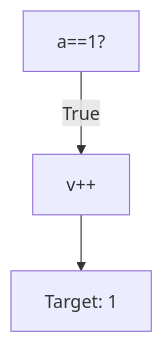
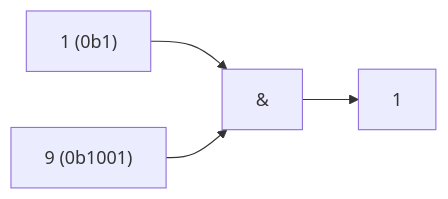
Before and after one commit to amnahwaida/OSNK_INF_PREP: the third of 25 diagrams in part-c-pemahaman-cpp/06-bitwise/latihan/set-11.md, drawn with Mermaid. The commit also changed other lines of this file and 71 other files, not shown here.

````diff
--- a/part-c-pemahaman-cpp/06-bitwise/latihan/set-11.md
+++ b/part-c-pemahaman-cpp/06-bitwise/latihan/set-11.md
@@ -81,5 +73,6 @@
 ```mermaid
-graph TD
-A["a==1?"] -- "True" --> B["v++"]
-B --> C["Target: 1"]
+graph LR
+A["1 (0b1)"] --> C["&"]
+B["9 (0b1001)"] --> C
+C --> D["1"]
 ```
````
